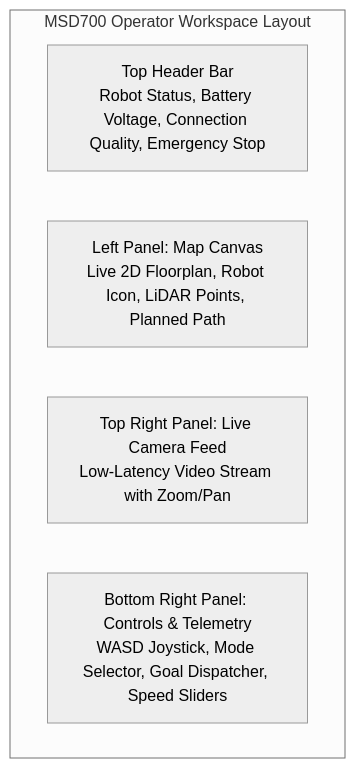
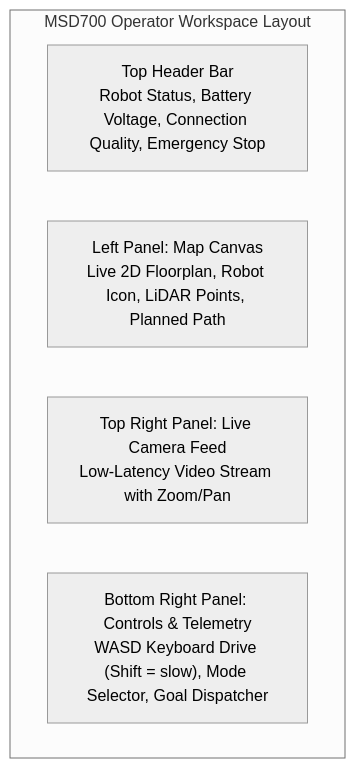
Before and after one commit to itbdelaboprogramming/msd700_documentation: the second of 4 diagrams in docs/user-guide/quick-start.md, drawn with Mermaid (neutral theme). The commit also changed other lines of this file and 32 other files, not shown here.

````diff
--- a/docs/user-guide/quick-start.md
+++ b/docs/user-guide/quick-start.md
@@ -53,9 +53,9 @@
 ```mermaid
 flowchart TD
   subgraph Workspace["MSD700 Operator Workspace Layout"]
     TOP["Top Header Bar<br/>Robot Status, Battery Voltage, Connection Quality, Emergency Stop"]
     LEFT["Left Panel: Map Canvas<br/>Live 2D Floorplan, Robot Icon, LiDAR Points, Planned Path"]
     RIGHT_TOP["Top Right Panel: Live Camera Feed<br/>Low-Latency Video Stream with Zoom/Pan"]
-    RIGHT_BOT["Bottom Right Panel: Controls & Telemetry<br/>WASD Joystick, Mode Selector, Goal Dispatcher, Speed Sliders"]
+    RIGHT_BOT["Bottom Right Panel: Controls & Telemetry<br/>WASD Keyboard Drive (Shift = slow), Mode Selector, Goal Dispatcher"]
   end
 ```
````
